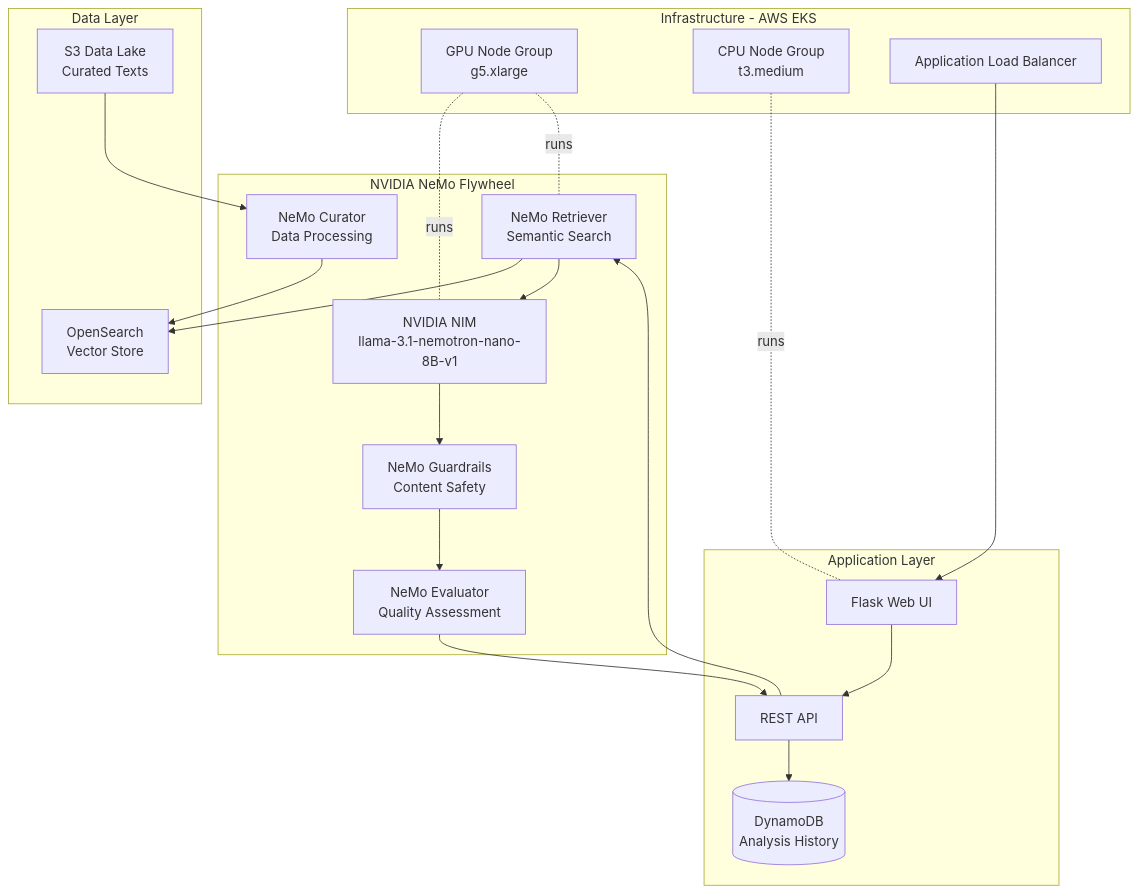
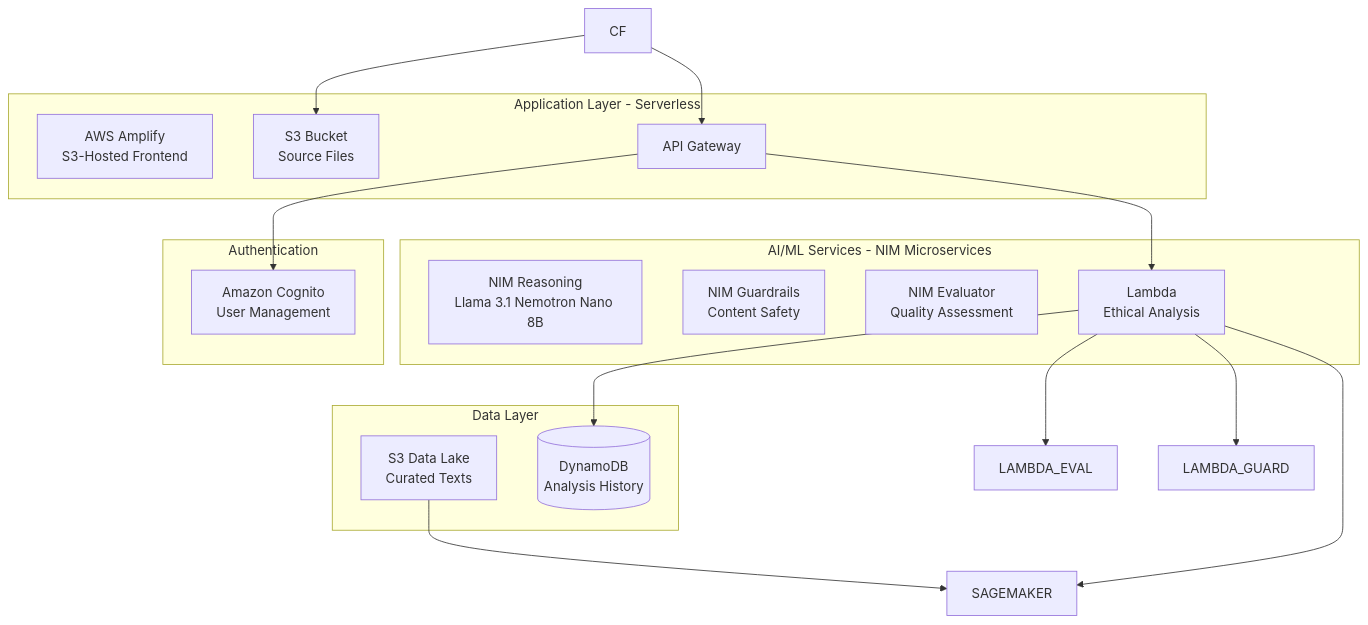
One commit to jakub-dunak/SynthArbiter changed the first of 2 diagrams in README.md. Above: the diagram before and after it, drawn with Mermaid. The commit also changed other lines of this file and 32 other files, not shown here.

Commit message:
refactor: restructure project to remove Flask web application and transition to serverless architecture with AWS Lambda and Amplify integration

````diff
--- a/README.md
+++ b/README.md
@@ -7,43 +7,35 @@
 ```mermaid
 graph TB
     subgraph "Data Layer"
         S3[S3 Data Lake<br/>Curated Texts]
-        OS[OpenSearch<br/>Vector Store]
-    end
-    
-    subgraph "NVIDIA NeMo Flywheel"
-        CURATOR[NeMo Curator<br/>Data Processing]
-        RETRIEVER[NeMo Retriever<br/>Semantic Search]
-        NIM[NVIDIA NIM<br/>llama-3.1-nemotron-nano-8B-v1]
-        GUARD[NeMo Guardrails<br/>Content Safety]
-        EVAL[NeMo Evaluator<br/>Quality Assessment]
-    end
-    
-    subgraph "Application Layer"
-        WEB[Flask Web UI]
-        API[REST API]
         DB[(DynamoDB<br/>Analysis History)]
     end
-    
-    subgraph "Infrastructure - AWS EKS"
-        GPU[GPU Node Group<br/>g5.xlarge]
-        CPU[CPU Node Group<br/>t3.medium]
-        ALB[Application Load Balancer]
+
+    subgraph "AI/ML Services - NIM Microservices"
+        NIM_REASONING[NIM Reasoning<br/>Llama 3.1 Nemotron Nano 8B]
+        NIM_GUARD[NIM Guardrails<br/>Content Safety]
+        NIM_EVAL[NIM Evaluator<br/>Quality Assessment]
+        LAMBDA_ANALYZE[Lambda<br/>Analysis Orchestrator]
     end
-    
-    S3 --> CURATOR
-    CURATOR --> OS
-    WEB --> API
-    API --> RETRIEVER
-    RETRIEVER --> OS
-    RETRIEVER --> NIM
-    NIM --> GUARD
-    GUARD --> EVAL
-    EVAL --> API
-    API --> DB
-    ALB --> WEB
-    
-    GPU -.runs.- NIM
-    GPU -.runs.- RETRIEVER
-    CPU -.runs.- WEB
+
+    subgraph "Application Layer - Serverless"
+        AMPLIFY[AWS Amplify<br/>S3-Hosted Frontend]
+        S3_WEB[S3 Bucket<br/>Source Files]
+        API_GW[API Gateway]
+        LAMBDA_ANALYZE[Lambda<br/>Ethical Analysis]
+    end
+
+    subgraph "Authentication"
+        COGNITO[Amazon Cognito<br/>User Management]
+    end
+
+    S3 --> SAGEMAKER
+    CF --> S3_WEB
+    CF --> API_GW
+    API_GW --> LAMBDA_ANALYZE
+    LAMBDA_ANALYZE --> SAGEMAKER
+    LAMBDA_ANALYZE --> LAMBDA_EVAL
+    LAMBDA_ANALYZE --> LAMBDA_GUARD
+    LAMBDA_ANALYZE --> DB
+    API_GW --> COGNITO
 ```
````
